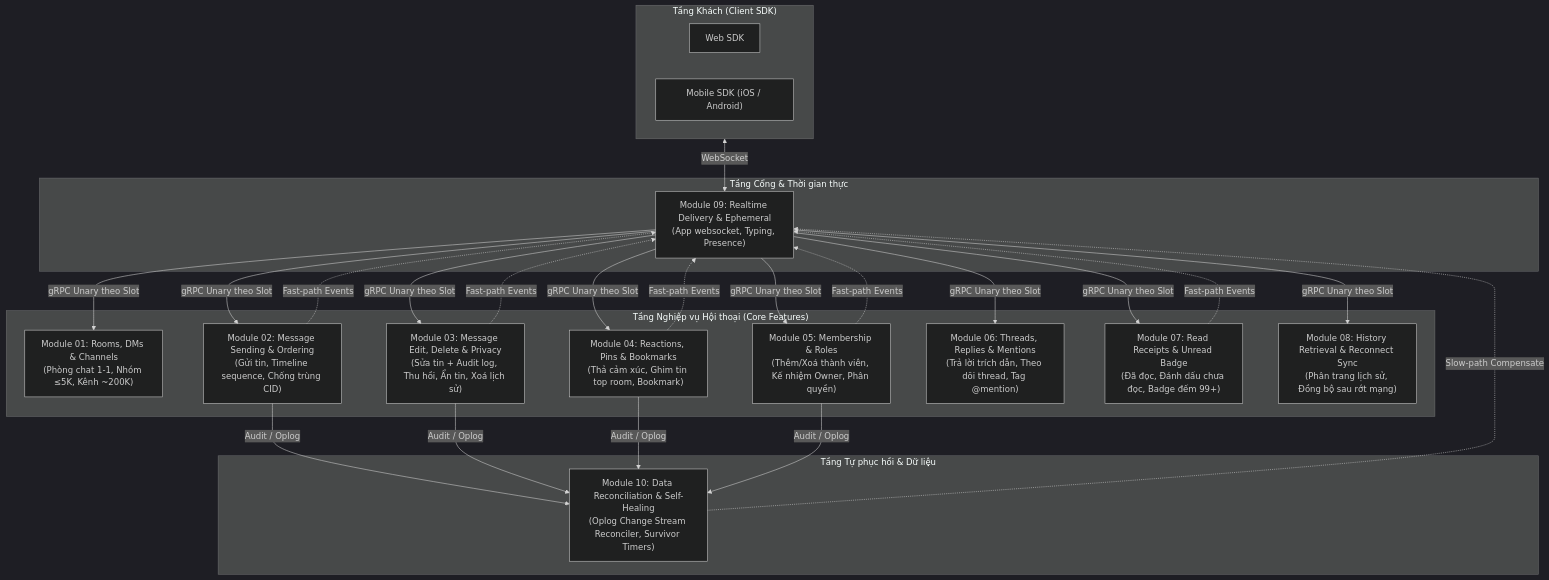
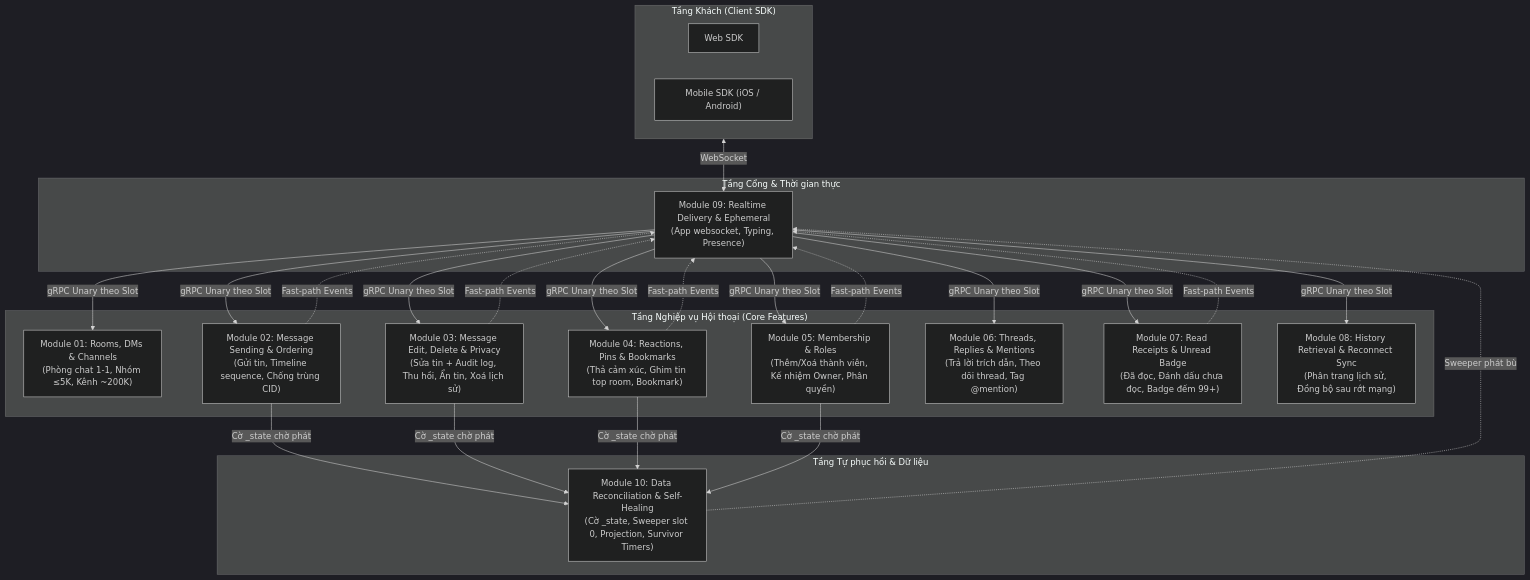
The first of 2 diagrams in docs/modules/README.md (ivannguyendev/chatim), drawn with Mermaid (dark theme) before and after one commit. The commit also changed other lines of this file and 16 other files, not shown here.

````diff
--- a/docs/modules/README.md
+++ b/docs/modules/README.md
@@ -13,48 +13,48 @@
 ```mermaid
 flowchart TD
     subgraph Client["Tầng Khách (Client SDK)"]
         Web["Web SDK"]
         Mobile["Mobile SDK (iOS / Android)"]
     end
 
     subgraph Entry["Tầng Cổng & Thời gian thực"]
         M09["Module 09: Realtime Delivery & Ephemeral<br/>(App websocket, Typing, Presence)"]
     end
 
     subgraph CoreFeatures["Tầng Nghiệp vụ Hội thoại (Core Features)"]
         M01["Module 01: Rooms, DMs & Channels<br/>(Phòng chat 1-1, Nhóm ≤5K, Kênh ~200K)"]
         M02["Module 02: Message Sending & Ordering<br/>(Gửi tin, Timeline sequence, Chống trùng CID)"]
         M03["Module 03: Message Edit, Delete & Privacy<br/>(Sửa tin + Audit log, Thu hồi, Ẩn tin, Xoá lịch sử)"]
         M04["Module 04: Reactions, Pins & Bookmarks<br/>(Thả cảm xúc, Ghim tin top room, Bookmark)"]
         M05["Module 05: Membership & Roles<br/>(Thêm/Xoá thành viên, Kế nhiệm Owner, Phân quyền)"]
         M06["Module 06: Threads, Replies & Mentions<br/>(Trả lời trích dẫn, Theo dõi thread, Tag @mention)"]
         M07["Module 07: Read Receipts & Unread Badge<br/>(Đã đọc, Đánh dấu chưa đọc, Badge đếm 99+)"]
         M08["Module 08: History Retrieval & Reconnect Sync<br/>(Phân trang lịch sử, Đồng bộ sau rớt mạng)"]
     end
 
     subgraph Resilience["Tầng Tự phục hồi & Dữ liệu"]
-        M10["Module 10: Data Reconciliation & Self-Healing<br/>(Oplog Change Stream Reconciler, Survivor Timers)"]
+        M10["Module 10: Data Reconciliation & Self-Healing<br/>(Cờ _state, Sweeper slot 0, Projection, Survivor Timers)"]
     end
 
     Client <-->|WebSocket| M09
     M09 -->|gRPC Unary theo Slot| M01
     M09 -->|gRPC Unary theo Slot| M02
     M09 -->|gRPC Unary theo Slot| M03
     M09 -->|gRPC Unary theo Slot| M04
     M09 -->|gRPC Unary theo Slot| M05
     M09 -->|gRPC Unary theo Slot| M06
     M09 -->|gRPC Unary theo Slot| M07
     M09 -->|gRPC Unary theo Slot| M08
 
     M02 -.->|Fast-path Events| M09
     M03 -.->|Fast-path Events| M09
     M04 -.->|Fast-path Events| M09
     M05 -.->|Fast-path Events| M09
     M07 -.->|Fast-path Events| M09
 
-    M02 -->|Audit / Oplog| M10
-    M03 -->|Audit / Oplog| M10
-    M04 -->|Audit / Oplog| M10
-    M05 -->|Audit / Oplog| M10
-    M10 -.->|Slow-path Compensate| M09
+    M02 -->|Cờ _state chờ phát| M10
+    M03 -->|Cờ _state chờ phát| M10
+    M04 -->|Cờ _state chờ phát| M10
+    M05 -->|Cờ _state chờ phát| M10
+    M10 -.->|Sweeper phát bù| M09
 ```
````
